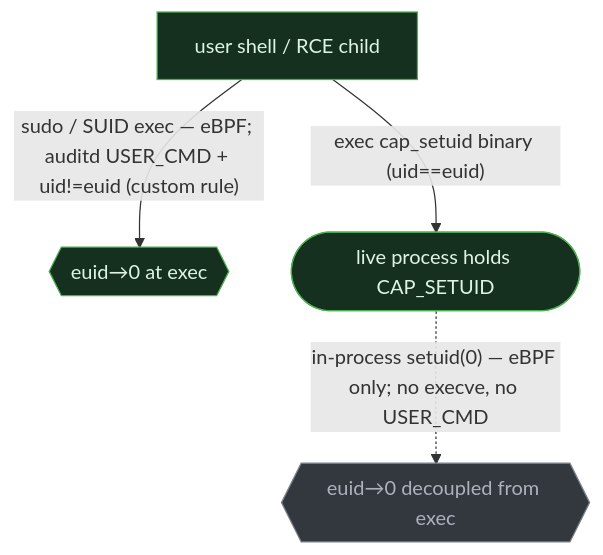
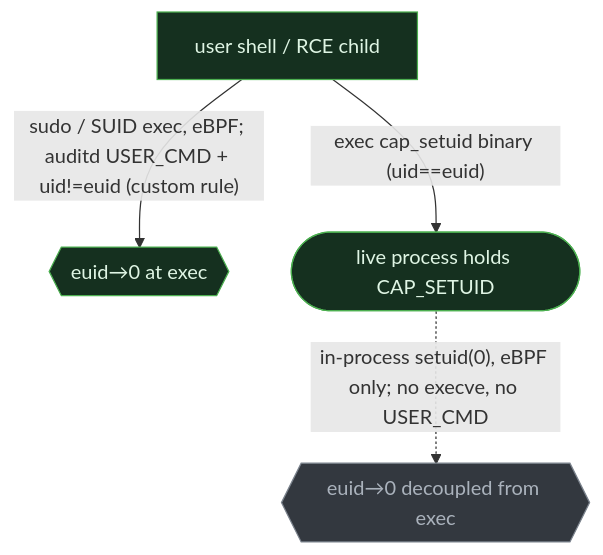
Before and after one commit to iimp0ster/os-internals-de-guide: the third of 4 diagrams in src/privilege-escalation/01-elevation-mechanisms.md, drawn with Mermaid. The commit also changed other lines of this file and 53 other files, not shown here.

````diff
--- a/src/privilege-escalation/01-elevation-mechanisms.md
+++ b/src/privilege-escalation/01-elevation-mechanisms.md
@@ -106,8 +97,8 @@
 ```mermaid
 flowchart TB
-    P["user shell / RCE child"]:::seen -->|"sudo / SUID exec — eBPF; auditd USER_CMD + uid!=euid (custom rule)"| E{{"euid→0 at exec"}}:::seen
+    P["user shell / RCE child"]:::seen -->|"sudo / SUID exec, eBPF; auditd USER_CMD + uid!=euid (custom rule)"| E{{"euid→0 at exec"}}:::seen
     P -->|"exec cap_setuid binary (uid==euid)"| Q(["live process holds CAP_SETUID"]):::seen
-    Q -.->|"in-process setuid(0) — eBPF only; no execve, no USER_CMD"| D{{"euid→0 decoupled from exec"}}:::blind
+    Q -.->|"in-process setuid(0), eBPF only; no execve, no USER_CMD"| D{{"euid→0 decoupled from exec"}}:::blind
     classDef seen fill:#15301f,stroke:#4caf50,color:#dff5e4;
     classDef blind fill:#33383f,stroke:#7a828c,color:#aab2bc;
 ```
````
